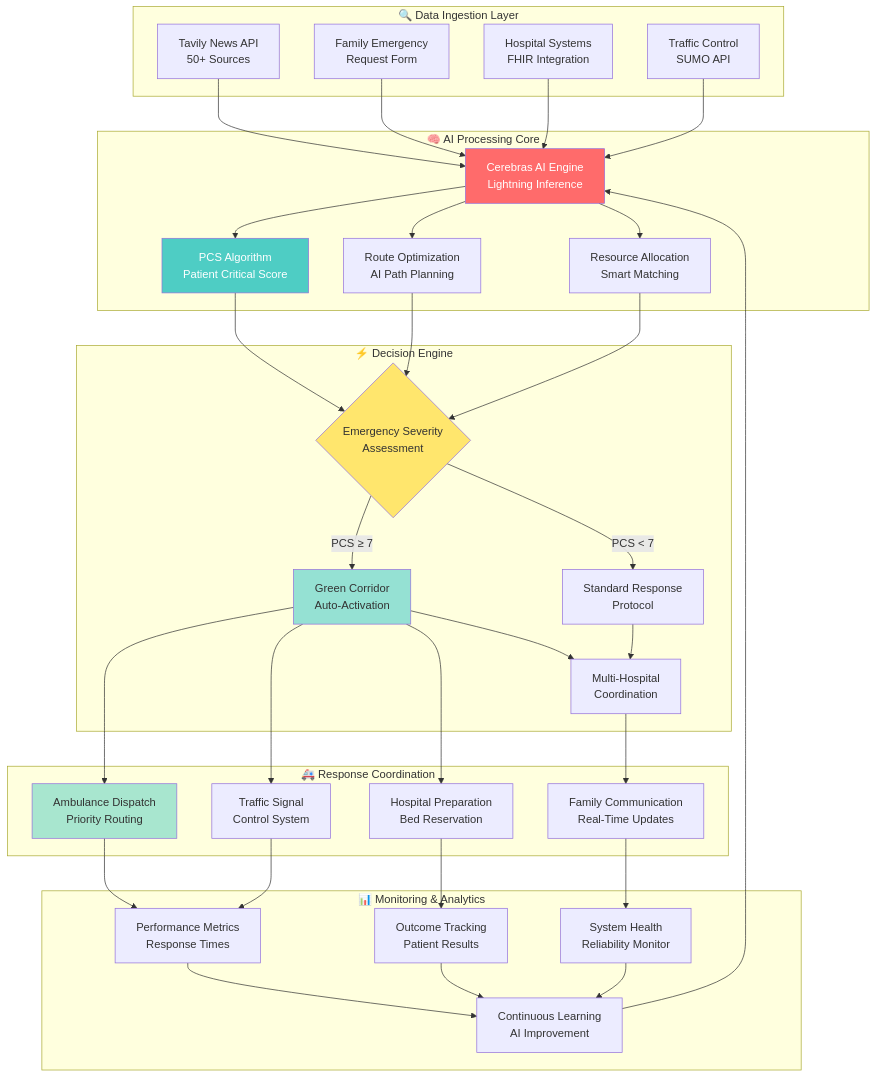
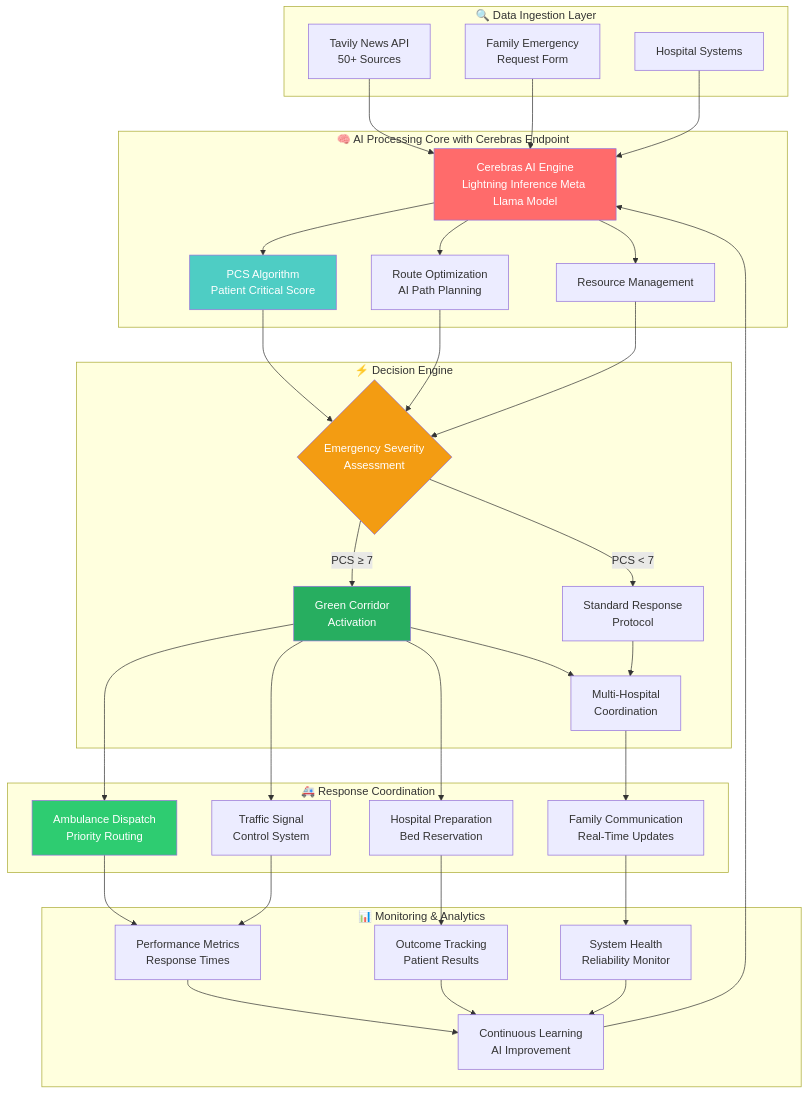
Before and after one commit to anuj123upadhyay/llgca_agent: the first of 9 diagrams in README.md, drawn with Mermaid. The commit also changed other lines of this file and 1 other file, not shown here.

````diff
--- a/README.md
+++ b/README.md
@@ -158,76 +211,74 @@
 ```mermaid
 graph TB
     subgraph "🔍 Data Ingestion Layer"
         A[Tavily News API<br/>50+ Sources]
         B[Family Emergency<br/>Request Form]
-        C[Hospital Systems<br/>FHIR Integration]
-        D[Traffic Control<br/>SUMO API]
+        C[Hospital Systems]
     end
 
-    subgraph "🧠 AI Processing Core"
-        E[Cerebras AI Engine<br/>Lightning Inference]
+    subgraph "🧠 AI Processing Core with Cerebras Endpoint"
+        E[Cerebras AI Engine<br/>Lightning Inference Meta Llama Model]
         F[PCS Algorithm<br/>Patient Critical Score]
         G[Route Optimization<br/>AI Path Planning]
-        H[Resource Allocation<br/>Smart Matching]
+        H[Resource Management]
     end
 
     subgraph "⚡ Decision Engine"
         I{Emergency Severity<br/>Assessment}
-        J[Green Corridor<br/>Auto-Activation]
+        J[Green Corridor<br/>Activation]
         K[Standard Response<br/>Protocol]
         L[Multi-Hospital<br/>Coordination]
     end
 
     subgraph "🚑 Response Coordination"
         M[Ambulance Dispatch<br/>Priority Routing]
         N[Traffic Signal<br/>Control System]
         O[Hospital Preparation<br/>Bed Reservation]
         P[Family Communication<br/>Real-Time Updates]
     end
 
     subgraph "📊 Monitoring & Analytics"
         Q[Performance Metrics<br/>Response Times]
         R[Outcome Tracking<br/>Patient Results]
         S[System Health<br/>Reliability Monitor]
         T[Continuous Learning<br/>AI Improvement]
     end
 
     A --> E
     B --> E
     C --> E
-    D --> E
 
     E --> F
     E --> G
     E --> H
 
     F --> I
     G --> I
     H --> I
 
     I -->|PCS ≥ 7| J
     I -->|PCS < 7| K
     J --> L
     K --> L
 
     J --> M
     J --> N
     J --> O
     L --> P
 
     M --> Q
     N --> Q
     O --> R
     P --> S
 
     Q --> T
     R --> T
     S --> T
     T --> E
 
     style E fill:#ff6b6b,color:#fff
     style F fill:#4ecdc4,color:#fff
-    style I fill:#ffe66d
-    style J fill:#95e1d3
-    style M fill:#a8e6cf
+    style I fill:#f39c12,color:#fff
+    style J fill:#27ae60,color:#fff
+    style M fill:#2ecc71,color:#fff
 ```
````
